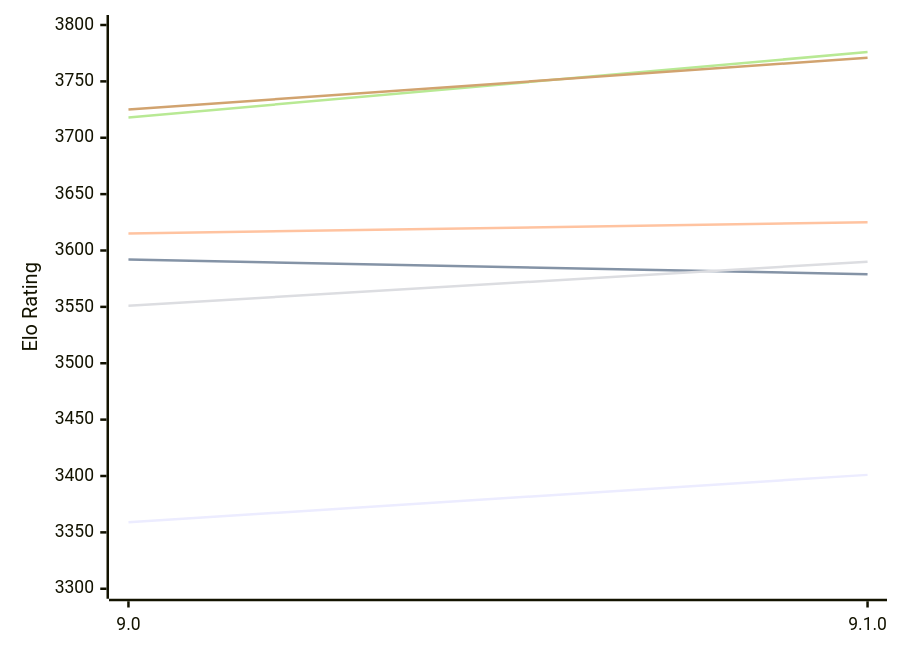
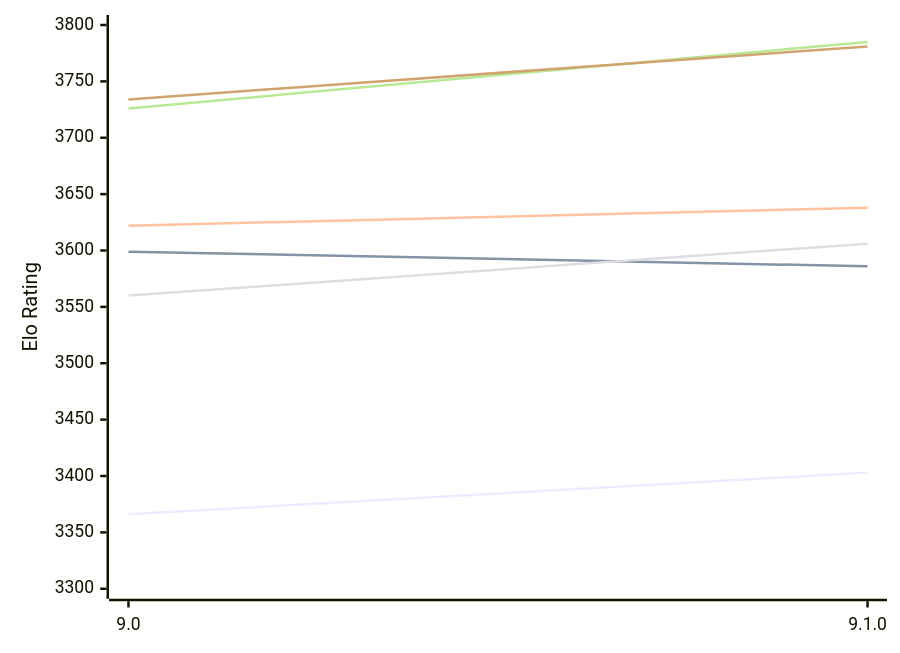
One commit to computer-chess-index/cci changed the first of 2 diagrams in engines/Alexandria.md. Above: the diagram before and after it, drawn with Mermaid. The commit also changed other lines of this file, not shown here.

Commit message:
Update CCI Ratings (ELO VLTC) - 2026-10-16

````diff
--- a/engines/Alexandria.md
+++ b/engines/Alexandria.md
@@ -54,12 +54,12 @@
 ```mermaid
 %%{init: {"theme":"base","themeVariables":{"seriesColors:['#a3a3a3','#222221','#faa371']}}}%%
 xychart-beta
   x-axis ["9.0", "9.1.0"]
   y-axis "Elo Rating" 3300 --> 3800
-  line "E1: STC (8.0+0.08s)" [3359, 3401]
-  line "E1: LTC (60.0+0.60s)" [3592, 3579]
-  line "E1: VLTC (2m24s+1.12s)" [3615, 3625]
-  line "P1: STC (8.0+0.08s)" [3551, 3590]
-  line "P1: LTC (60.0+0.60s)" [3718, 3776]
-  line "P1: VLTC (2m24s+1.12s)" [3725, 3771]
+  line "E1: STC (8.0+0.08s)" [3366, 3403]
+  line "E1: LTC (60.0+0.60s)" [3599, 3586]
+  line "E1: VLTC (2m24s+1.12s)" [3622, 3638]
+  line "P1: STC (8.0+0.08s)" [3560, 3606]
+  line "P1: LTC (60.0+0.60s)" [3726, 3785]
+  line "P1: VLTC (2m24s+1.12s)" [3734, 3781]
 ```
````
